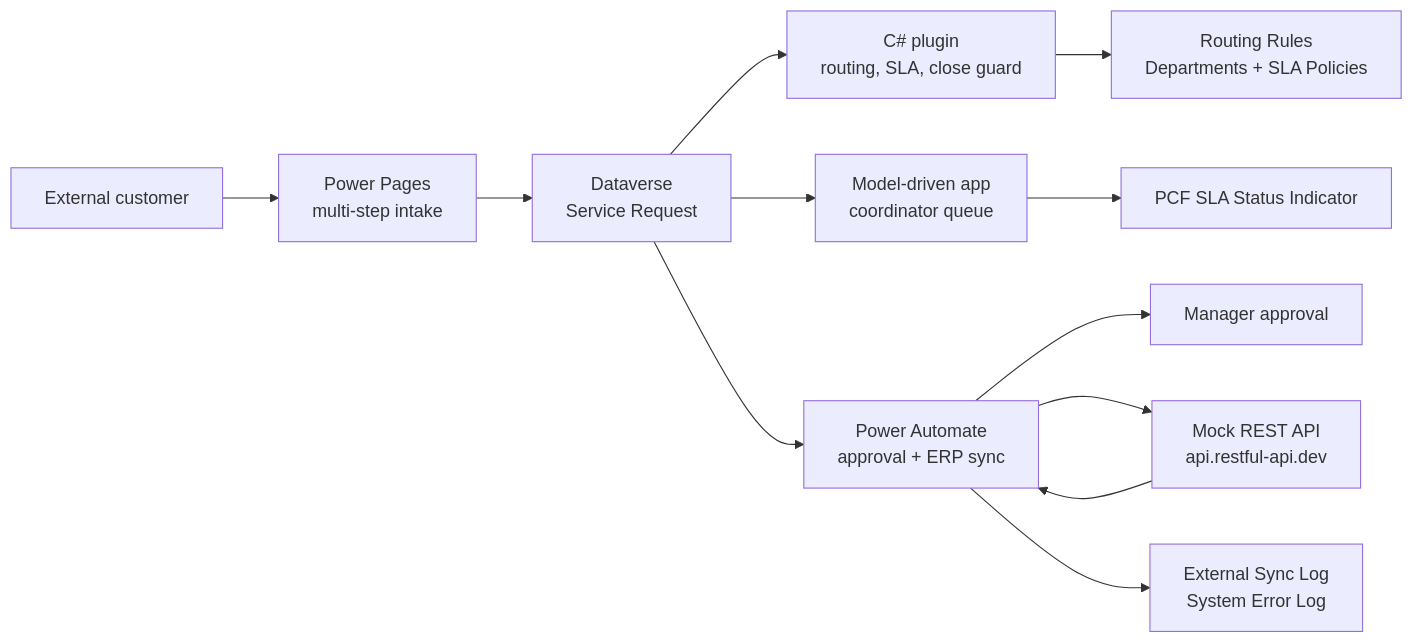
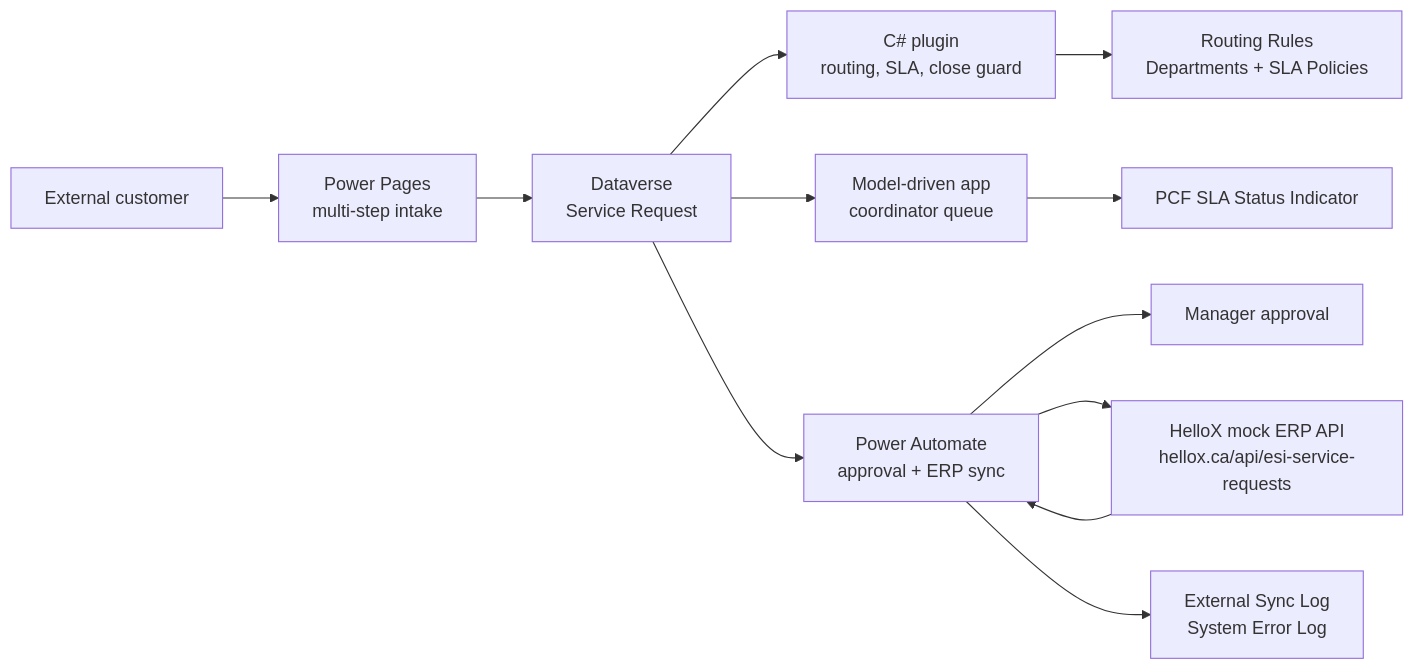
Before and after one commit to helloxtech/EnterpriseServiceIntake: the first of 2 diagrams in README.md, drawn with Mermaid. The commit also changed other lines of this file and 159 other files, not shown here.

````diff
--- a/README.md
+++ b/README.md
@@ -41,14 +43,14 @@
 ```mermaid
 flowchart LR
     Customer["External customer"] --> Pages["Power Pages\nmulti-step intake"]
     Pages --> Dataverse["Dataverse\nService Request"]
     Dataverse --> Plugin["C# plugin\nrouting, SLA, close guard"]
     Plugin --> Rules["Routing Rules\nDepartments + SLA Policies"]
     Dataverse --> App["Model-driven app\ncoordinator queue"]
     Dataverse --> Flow["Power Automate\napproval + ERP sync"]
     Flow --> Manager["Manager approval"]
-    Flow --> Api["Mock REST API\napi.restful-api.dev"]
+    Flow --> Api["HelloX mock ERP API\nhellox.ca/api/esi-service-requests"]
     Api --> Flow
     Flow --> Logs["External Sync Log\nSystem Error Log"]
     App --> PCF["PCF SLA Status Indicator"]
 ```
````
